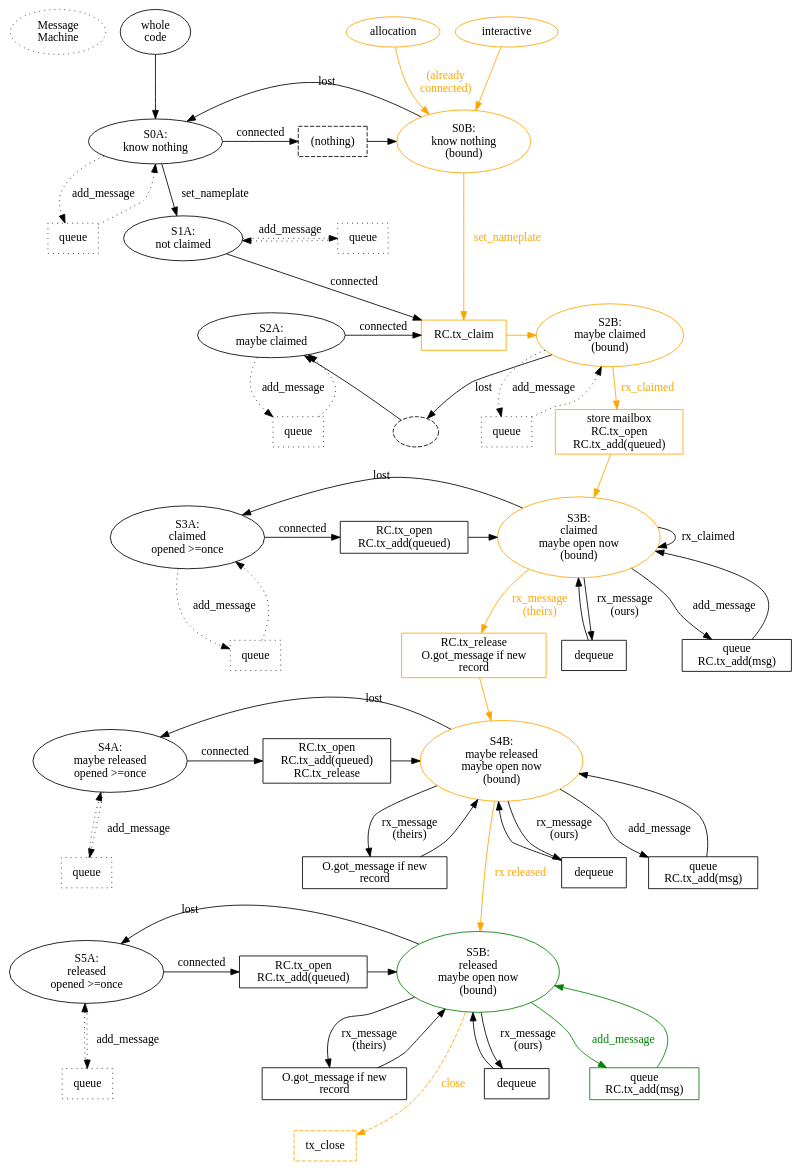
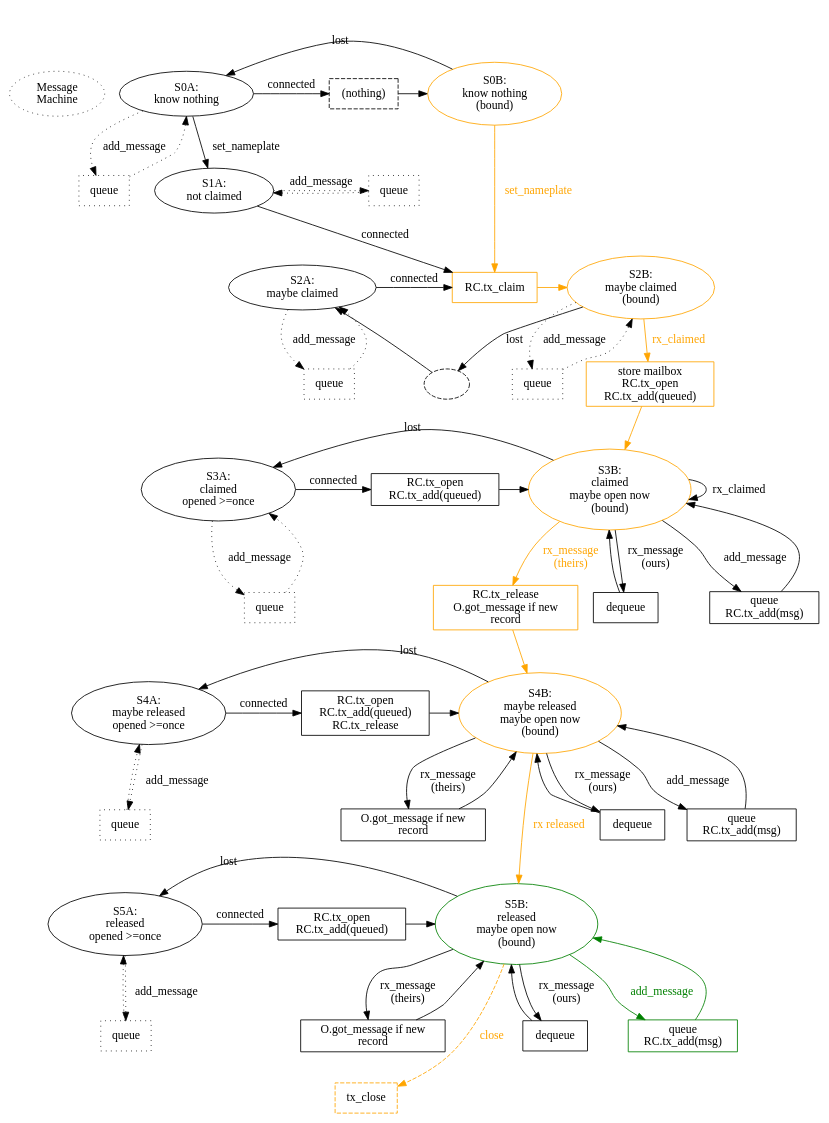
The diagram in docs/mailbox.dot (magic-wormhole/magic-wormhole), drawn with Graphviz before and after one commit. The commit also changed 8 other files, not shown here.

```diff
--- a/docs/mailbox.dot
+++ b/docs/mailbox.dot
@@ -1,185 +1,176 @@
 digraph {
         /* new idea */
 
-        {rank=same; title entry_whole_code entry_allocation entry_interactive}
-        entry_whole_code [label="whole\ncode"]
-        entry_whole_code -> S0A
         title [label="Message\nMachine" style="dotted"]
-
-        entry_allocation [label="allocation" color="orange"]
-        entry_allocation -> S0B [label="(already\nconnected)"
-                                     color="orange" fontcolor="orange"]
-        entry_interactive [label="interactive" color="orange"]
-        entry_interactive -> S0B [color="orange"]
 
         {rank=same; S0A P0_connected S0B}
         S0A [label="S0A:\nknow nothing"]
         S0B [label="S0B:\nknow nothing\n(bound)" color="orange"]
         S0A -> P0_connected [label="connected"]
         P0_connected [label="(nothing)" shape="box" style="dashed"]
         P0_connected -> S0B
         S0B -> S0A [label="lost"]
 
         S0A -> S1A [label="set_nameplate"]
         S0B -> P2_connected [label="set_nameplate" color="orange" fontcolor="orange"]
         P0A_queue [shape="box" label="queue" style="dotted"]
         S0A -> P0A_queue [label="add_message" style="dotted"]
         P0A_queue -> S0A [style="dotted"]
 
         {rank=same; S1A P1A_queue}
         S1A [label="S1A:\nnot claimed"]
         S1A -> P2_connected [label="connected"]
         S1A -> P1A_queue [label="add_message" style="dotted"]
         P1A_queue [shape="box" label="queue" style="dotted"]
         P1A_queue -> S1A [style="dotted"]
 
         {rank=same; S2A P2_connected S2B}
         S2A [label="S2A:\nmaybe claimed"]
         S2A -> P2_connected [label="connected"]
         P2_connected [shape="box" label="RC.tx_claim" color="orange"]
         P2_connected -> S2B [color="orange"]
         S2B [label="S2B:\nmaybe claimed\n(bound)" color="orange"]
         #S2B -> SrB [label="close()" style="dashed"]
         #SrB [label="SrB" style="dashed"]
         #S2A -> SrA [label="close()" style="dashed"]
         #SrA [label="SrA" style="dashed"]
 
         #S2B -> S2A [label="lost"] # causes bad layout
         S2B -> foo [label="lost"]
         foo [label="" style="dashed"]
         foo -> S2A
 
         S2A -> P2C_queue [label="add_message" style="dotted"]
         P2C_queue [shape="box" label="queue" style="dotted"]
         P2C_queue -> S2A [style="dotted"]
         S2B -> P2B_queue [label="add_message" style="dotted"]
         P2B_queue [shape="box" label="queue" style="dotted"]
         P2B_queue -> S2B [style="dotted"]
 
         S1A -> S3A [label="(none)" style="invis"]
         S2B -> P_open [label="rx_claimed" color="orange" fontcolor="orange"]
         P_open [shape="box" label="store mailbox\nRC.tx_open\nRC.tx_add(queued)" color="orange"]
         P_open -> S3B [color="orange"]
 
         subgraph {rank=same; S3A S3B P3_connected}
         S3A [label="S3A:\nclaimed\nopened >=once"]
         S3B [label="S3B:\nclaimed\nmaybe open now\n(bound)" color="orange"]
         S3A -> P3_connected [label="connected"]
         S3B -> S3A [label="lost"]
 
         P3_connected [shape="box" label="RC.tx_open\nRC.tx_add(queued)"]
         P3_connected -> S3B
 
         S3A -> P3_queue [label="add_message" style="dotted"]
         P3_queue [shape="box" label="queue" style="dotted"]
         P3_queue -> S3A [style="dotted"]
 
         S3B -> S3B [label="rx_claimed"]
 
         S3B -> P3_send [label="add_message"]
         P3_send [shape="box" label="queue\nRC.tx_add(msg)"]
         P3_send -> S3B
 
         S3A -> S4A [label="(none)" style="invis"]
         S3B -> P3_process_ours [label="rx_message\n(ours)"]
         P3_process_ours [shape="box" label="dequeue"]
         P3_process_ours -> S3B
         S3B -> P3_process_theirs [label="rx_message\n(theirs)"
                                       color="orange" fontcolor="orange"]
         P3_process_theirs [shape="box" color="orange"
                            label="RC.tx_release\nO.got_message if new\nrecord"
                            ]
         /* pay attention to the race here: this process_message() will
         deliver msg_pake to the WormholeMachine, which will compute_key() and
         send(version), and we're in between S1A (where send gets
         queued) and S3A (where send gets sent and queued), and we're no
         longer passing through the P3_connected phase (which drains the queue).
         So there's a real possibility of the outbound msg_version getting
         dropped on the floor, or put in a queue but never delivered. */
         P3_process_theirs -> S4B [color="orange"]
 
         subgraph {rank=same; S4A P4_connected S4B}
         S4A [label="S4A:\nmaybe released\nopened >=once\n"]
 
         S4B [label="S4B:\nmaybe released\nmaybe open now\n(bound)" color="orange"]
         S4A -> P4_connected [label="connected"]
         P4_connected [shape="box" label="RC.tx_open\nRC.tx_add(queued)\nRC.tx_release"]
         S4B -> P4_send [label="add_message"]
         P4_send [shape="box" label="queue\nRC.tx_add(msg)"]
         P4_send -> S4B
         S4A -> P4_queue [label="add_message" style="dotted"]
         P4_queue [shape="box" label="queue" style="dotted"]
         P4_queue -> S4A [style="dotted"]
 
         P4_connected -> S4B
         S4B -> S4A [label="lost"]
         S4B -> P4_process_ours [label="rx_message\n(ours)"]
         P4_process_ours [shape="box" label="dequeue"]
         P4_process_ours -> S4B
         S4B -> P4_process_theirs [label="rx_message\n(theirs)"]
         P4_process_theirs [shape="box" label="O.got_message if new\nrecord"]
         P4_process_theirs -> S4B
 
         S4A -> S5A [label="(none)" style="invis"]
         S4B -> S5B [label="rx released" color="orange" fontcolor="orange"]
 
         P4_queue -> S5A [style="invis"]
         subgraph {S5A P5_connected S5B}
         {rank=same; S5A P5_connected S5B}
 
         S5A [label="S5A:\nreleased\nopened >=once"]
         S5A -> P5_connected [label="connected"]
         P5_connected [shape="box" label="RC.tx_open\nRC.tx_add(queued)"]
 
         S5B -> P5_send [label="add_message" color="green" fontcolor="green"]
         P5_send [shape="box" label="queue\nRC.tx_add(msg)" color="green"]
         P5_send -> S5B [color="green"]
         S5A -> P5_queue [label="add_message" style="dotted"]
         P5_queue [shape="box" label="queue" style="dotted"]
         P5_queue -> S5A [style="dotted"]
 
         P5_connected -> S5B
         S5B [label="S5B:\nreleased\nmaybe open now\n(bound)" color="green"]
         S5B -> S5A [label="lost"]
 
         S5B -> P5_process_ours [label="rx_message\n(ours)"]
         P5_process_ours [shape="box" label="dequeue"]
         P5_process_ours -> S5B
         S5B -> P5_process_theirs [label="rx_message\n(theirs)"]
         P5_process_theirs [shape="box" label="O.got_message if new\nrecord"]
         P5_process_theirs -> S5B
 
         foo5 [label="" style="invis"]
         S5A -> foo5 [style="invis"]
         foo5 -> P5_close [style="invis"]
         S5B -> P5_close [label="close" style="dashed" color="orange" fontcolor="orange"]
         P5_close [shape="box" label="tx_close" style="dashed" color="orange"]
 
 }
 
 /*
 
 Can this be split into one machine for the Nameplate, and a second for the
 Mailbox?
 
 Nameplate:
 
 * 0: know nothing (connected, not connected)
 * 1: know nameplate, never claimed, need to claim
 * 2: maybe claimed, need to claim
 * 3: definitely claimed, need to claim
 * 4: definitely claimed, need to release
 * 5: maybe released
 * 6: definitely released
 
 Mailbox:
 * 0: unknown
 * 1: know mailbox, need open, not open
 * 2: know mailbox, need open, maybe open
 * 3: definitely open, need open
 * 4: need closed, maybe open
 * 5: need closed, maybe closed ?
 * 6: definitely closed
 
 
 */
```
